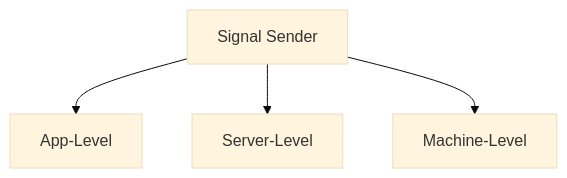
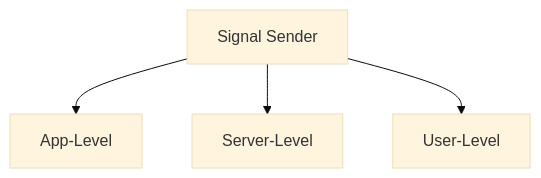
The diagram in src/Ivy.Docs.Shared/Docs/01_Onboarding/02_Concepts/06_Signals.md (Klako/Ivy-Framework), drawn with Mermaid (base theme) before and after one commit. The commit also changed other lines of this file and 8 other files, not shown here.

````diff
--- a/src/Ivy.Docs.Shared/Docs/01_Onboarding/02_Concepts/06_Signals.md
+++ b/src/Ivy.Docs.Shared/Docs/01_Onboarding/02_Concepts/06_Signals.md
@@ -283,11 +286,11 @@
 ```mermaid
 graph TB
     Sender[Signal Sender]
     App[App-Level]
     Server[Server-Level]
-    Machine[Machine-Level]
-    
+    User[User-Level]
+
     Sender --> App
     Sender --> Server
-    Sender --> Machine
+    Sender --> User
 ```
````
